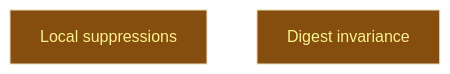
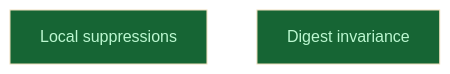
One commit to CrackingShells/Candler changed the diagram in __roadmap__/v1-review-code-gaps/settle/README.md. Above: the diagram before and after it, drawn with Mermaid (base theme). The commit also changed other lines of this file and 2 other files, not shown here.

````diff
--- a/__roadmap__/v1-review-code-gaps/settle/README.md
+++ b/__roadmap__/v1-review-code-gaps/settle/README.md
@@ -17,10 +17,10 @@
 ```mermaid
 graph TD
-    local_suppressions[Local suppressions]:::inprogress
-    digest_invariance[Digest invariance]:::inprogress
+    local_suppressions[Local suppressions]:::done
+    digest_invariance[Digest invariance]:::done
     classDef done       fill:#166534,color:#bbf7d0
     classDef inprogress fill:#854d0e,color:#fef08a
     classDef planned    fill:#374151,color:#e5e7eb
     classDef amendment  fill:#1e3a5f,color:#bfdbfe
     classDef blocked    fill:#7f1d1d,color:#fecaca
 ```
````
